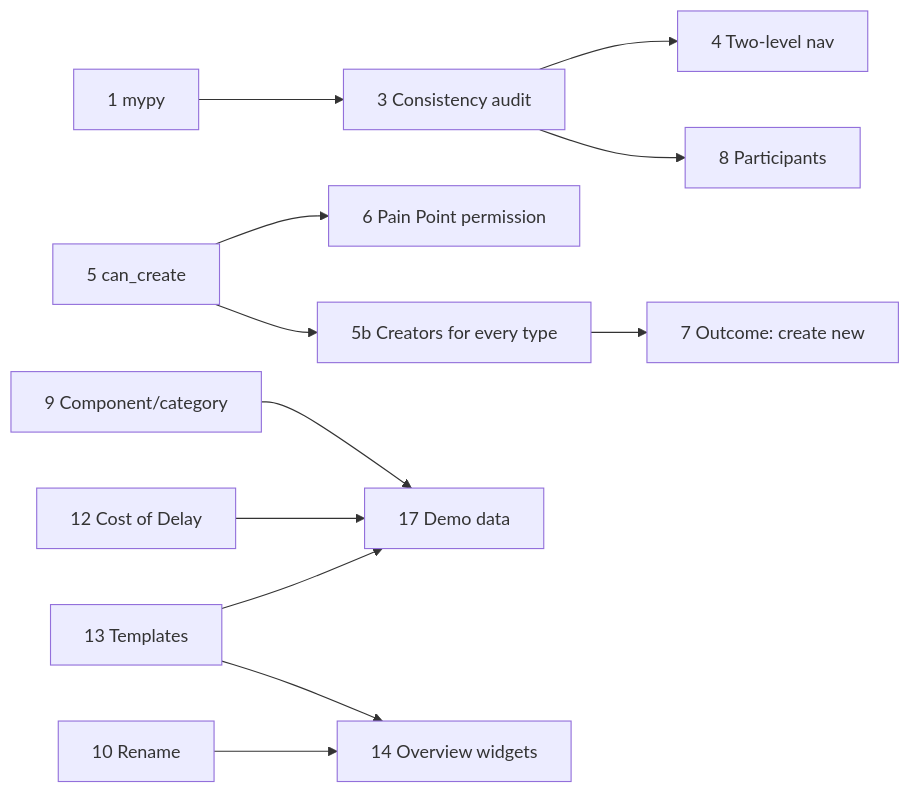
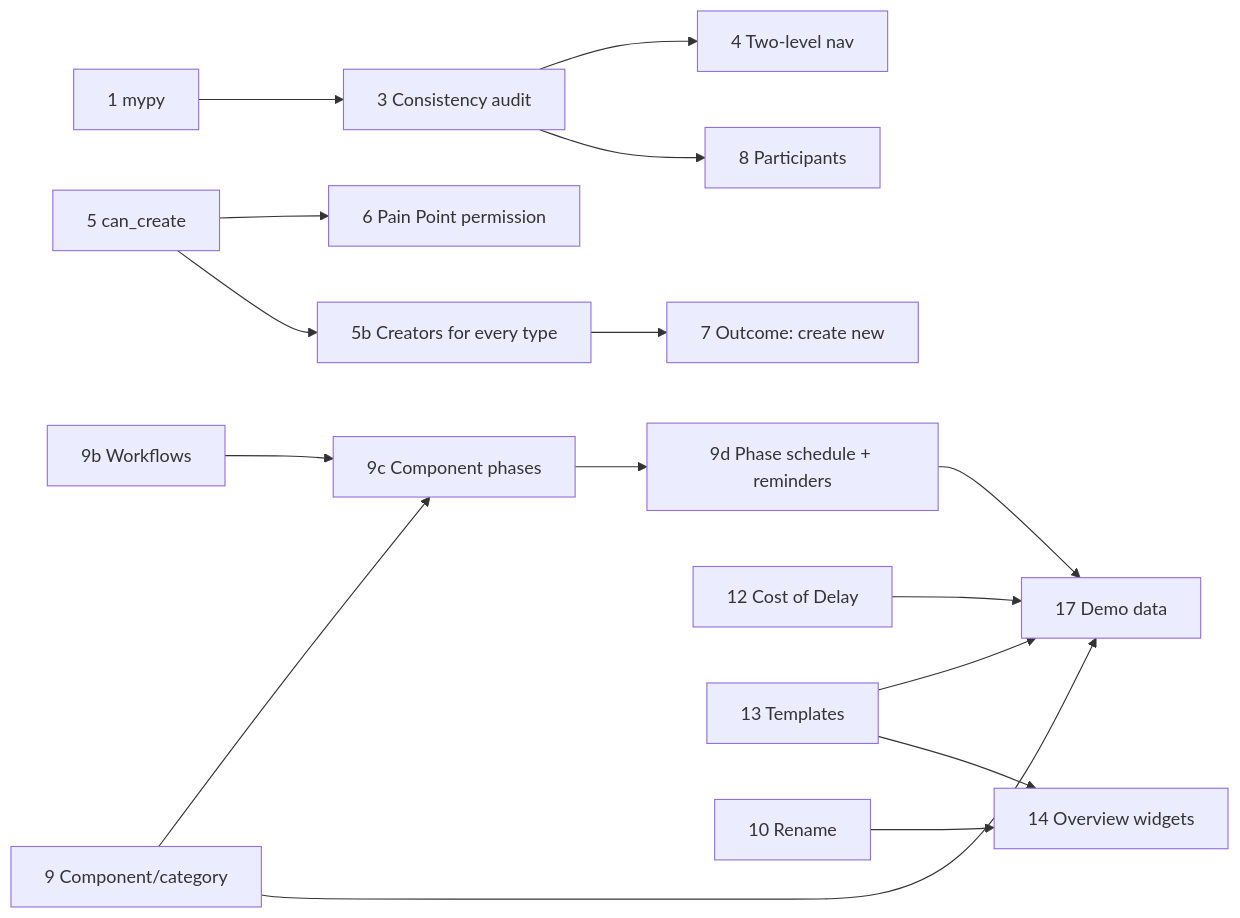
One commit to ballardr/reqtrackmanager changed the diagram in docs/plans/platform-review-2026-11-plan.md. Above: the diagram before and after it, drawn with Mermaid. The commit also changed other lines of this file and 55 other files, not shown here.

````diff
--- a/docs/plans/platform-review-2026-11-plan.md
+++ b/docs/plans/platform-review-2026-11-plan.md
@@ -32,14 +35,18 @@
 ```mermaid
 flowchart LR
     P1["1 mypy"] --> P3["3 Consistency audit"]
     P3 --> P4["4 Two-level nav"]
     P5["5 can_create"] --> P6["6 Pain Point permission"]
     P5 --> P5b["5b Creators for every type"]
     P5b --> P7["7 Outcome: create new"]
     P3 --> P8["8 Participants"]
-    P9["9 Component/category"] --> P17["17 Demo data"]
+    P9b["9b Workflows"] --> P9c["9c Component phases"]
+    P9["9 Component/category"] --> P9c
+    P9 --> P17["17 Demo data"]
+    P9c --> P9d["9d Phase schedule + reminders"]
+    P9d --> P17
     P12["12 Cost of Delay"] --> P17
     P13["13 Templates"] --> P17
     P10["10 Rename"] --> P14["14 Overview widgets"]
     P13 --> P14
 ```
````
